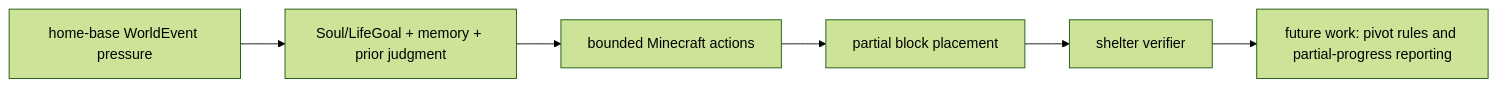
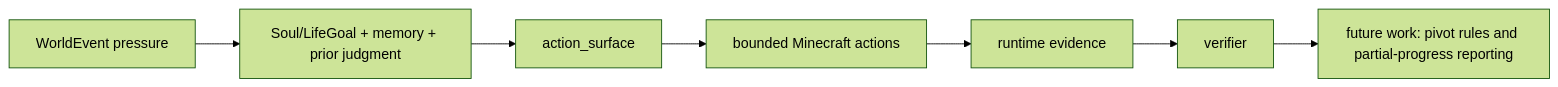
The second of 2 diagrams in docs/docs/intro.md (gigio1023/minecraft-llm-agent-community), drawn with Mermaid (forest theme) before and after one commit. The commit also changed other lines of this file and 62 other files, not shown here.

````diff
--- a/docs/docs/intro.md
+++ b/docs/docs/intro.md
@@ -71,15 +81,17 @@
 ```mermaid
 flowchart LR
-  Goal["home-base WorldEvent pressure"]
+  Goal["WorldEvent pressure"]
   Context["Soul/LifeGoal + memory + prior judgment"]
+  Surface["action_surface"]
   Action["bounded Minecraft actions"]
-  Partial["partial block placement"]
-  Verifier["shelter verifier"]
+  Evidence["runtime evidence"]
+  Verifier["verifier"]
   Future["future work: pivot rules and partial-progress reporting"]
 
   Goal --> Context
-  Context --> Action
-  Action --> Partial
-  Partial --> Verifier
+  Context --> Surface
+  Surface --> Action
+  Action --> Evidence
+  Evidence --> Verifier
   Verifier --> Future
 ```
````
